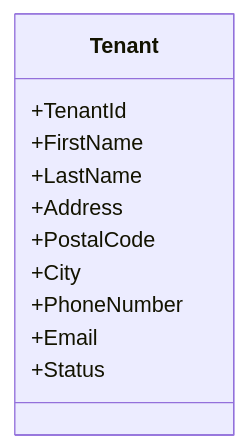
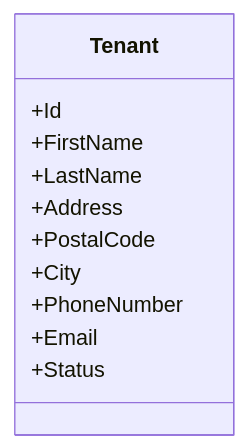
One commit to DMOoF25-TEAM11/ShelfMarket changed the diagram in docs/sprint-3/UseCase002-AdministrateShelfTenant/UseCase002-Domain-Model.mmd. Above: the diagram before and after it, drawn with Mermaid.

Commit message:
Changed TenantId to Id

```diff
--- a/docs/sprint-3/UseCase002-AdministrateShelfTenant/UseCase002-Domain-Model.mmd
+++ b/docs/sprint-3/UseCase002-AdministrateShelfTenant/UseCase002-Domain-Model.mmd
@@ -1,12 +1,12 @@
 classDiagram
 	class Tenant {
-		+TenantId
+		+Id
 		+FirstName
 		+LastName
 		+Address
 		+PostalCode
 		+City
 		+PhoneNumber		
 		+Email
 		+Status
 		}
```
